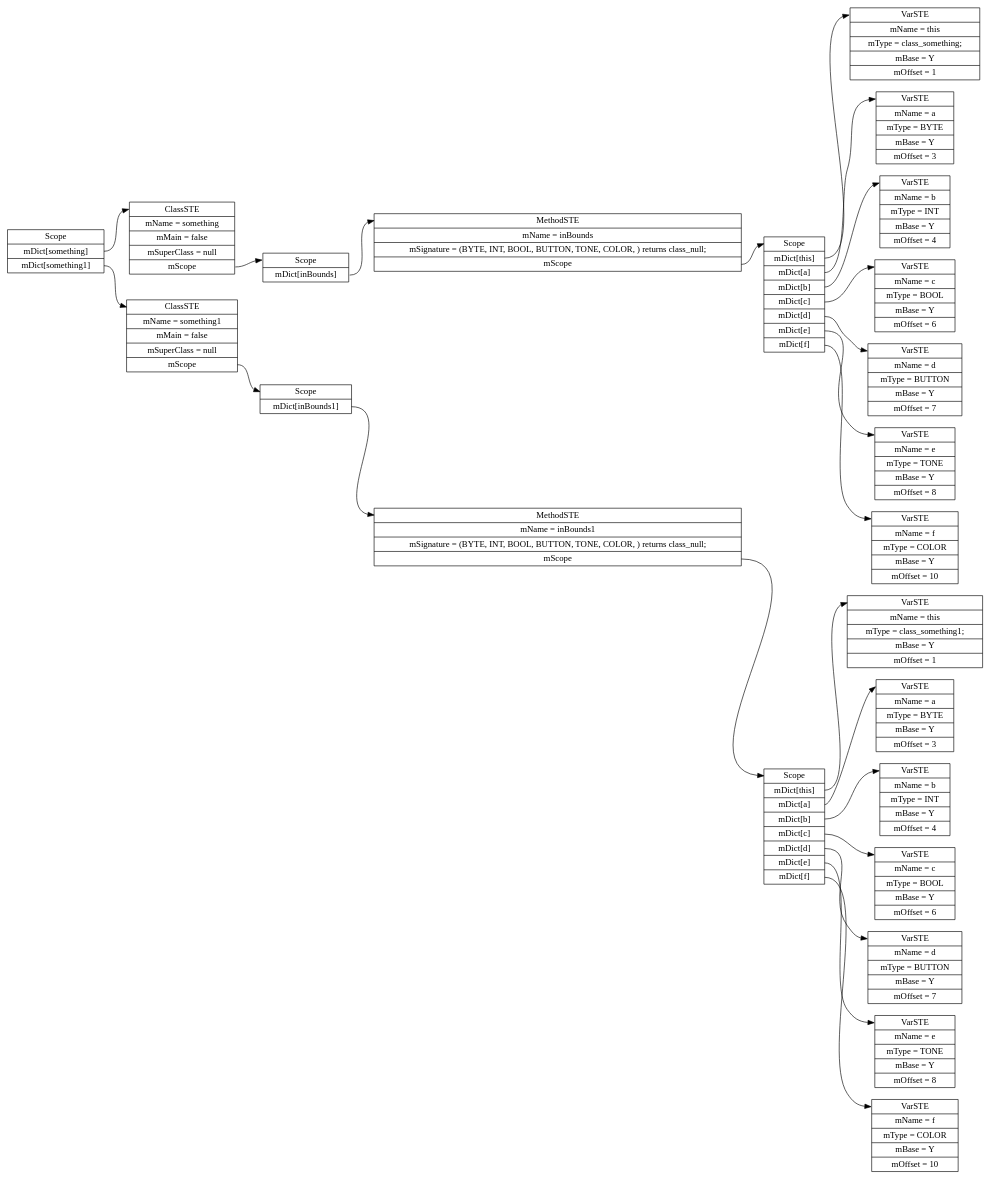
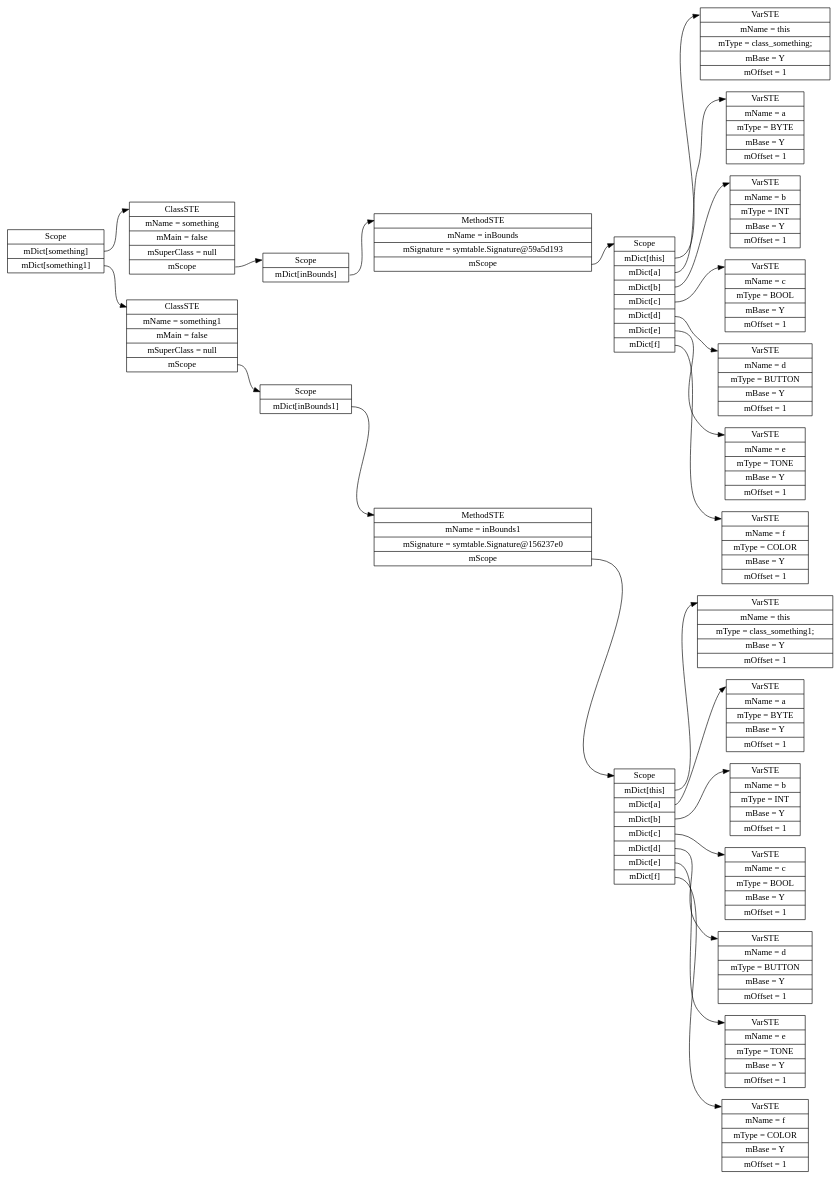
One commit to Ajith20/MeggyJava-compiler changed the diagram in PA4/PA4Example1.java.ST.dot. Above: the diagram before and after it, drawn with Graphviz. The commit also changed 17 other files, not shown here.

```diff
--- a/PA4/PA4Example1.java.ST.dot
+++ b/PA4/PA4Example1.java.ST.dot
@@ -1,49 +1,49 @@
 digraph SymTable {
 	graph [rankdir="LR"];
 	node [shape=record];
 	0 [label=" <f0> Scope | <f1> mDict\[something\] | <f2> mDict\[something1\] "];
 	0:<f1> -> 1:<f0>;
 	1 [label=" <f0> ClassSTE | <f1> mName = something| <f2> mMain = false| <f3> mSuperClass = null| <f4> mScope "];
 	1:<f4> -> 2:<f0>;
 	2 [label=" <f0> Scope | <f1> mDict\[inBounds\] "];
 	2:<f1> -> 3:<f0>;
-	3 [label=" <f0> MethodSTE | <f1> mName = inBounds| <f2> mSignature = (BYTE, INT, BOOL, BUTTON, TONE, COLOR, ) returns class_null;| <f3> mScope "];
+	3 [label=" <f0> MethodSTE | <f1> mName = inBounds| <f2> mSignature = symtable.Signature@59a5d193| <f3> mScope "];
 	3:<f3> -> 4:<f0>;
 	4 [label=" <f0> Scope | <f1> mDict\[this\] | <f2> mDict\[a\] | <f3> mDict\[b\] | <f4> mDict\[c\] | <f5> mDict\[d\] | <f6> mDict\[e\] | <f7> mDict\[f\] "];
 	4:<f1> -> 5:<f0>;
 	5 [label=" <f0> VarSTE | <f1> mName = this| <f2> mType = class_something;| <f3> mBase = Y| <f4> mOffset = 1"];
 	4:<f2> -> 6:<f0>;
-	6 [label=" <f0> VarSTE | <f1> mName = a| <f2> mType = BYTE| <f3> mBase = Y| <f4> mOffset = 3"];
+	6 [label=" <f0> VarSTE | <f1> mName = a| <f2> mType = BYTE| <f3> mBase = Y| <f4> mOffset = 1"];
 	4:<f3> -> 7:<f0>;
-	7 [label=" <f0> VarSTE | <f1> mName = b| <f2> mType = INT| <f3> mBase = Y| <f4> mOffset = 4"];
+	7 [label=" <f0> VarSTE | <f1> mName = b| <f2> mType = INT| <f3> mBase = Y| <f4> mOffset = 1"];
 	4:<f4> -> 8:<f0>;
-	8 [label=" <f0> VarSTE | <f1> mName = c| <f2> mType = BOOL| <f3> mBase = Y| <f4> mOffset = 6"];
+	8 [label=" <f0> VarSTE | <f1> mName = c| <f2> mType = BOOL| <f3> mBase = Y| <f4> mOffset = 1"];
 	4:<f5> -> 9:<f0>;
-	9 [label=" <f0> VarSTE | <f1> mName = d| <f2> mType = BUTTON| <f3> mBase = Y| <f4> mOffset = 7"];
+	9 [label=" <f0> VarSTE | <f1> mName = d| <f2> mType = BUTTON| <f3> mBase = Y| <f4> mOffset = 1"];
 	4:<f6> -> 10:<f0>;
-	10 [label=" <f0> VarSTE | <f1> mName = e| <f2> mType = TONE| <f3> mBase = Y| <f4> mOffset = 8"];
+	10 [label=" <f0> VarSTE | <f1> mName = e| <f2> mType = TONE| <f3> mBase = Y| <f4> mOffset = 1"];
 	4:<f7> -> 11:<f0>;
-	11 [label=" <f0> VarSTE | <f1> mName = f| <f2> mType = COLOR| <f3> mBase = Y| <f4> mOffset = 10"];
+	11 [label=" <f0> VarSTE | <f1> mName = f| <f2> mType = COLOR| <f3> mBase = Y| <f4> mOffset = 1"];
 	0:<f2> -> 12:<f0>;
 	12 [label=" <f0> ClassSTE | <f1> mName = something1| <f2> mMain = false| <f3> mSuperClass = null| <f4> mScope "];
 	12:<f4> -> 13:<f0>;
 	13 [label=" <f0> Scope | <f1> mDict\[inBounds1\] "];
 	13:<f1> -> 14:<f0>;
-	14 [label=" <f0> MethodSTE | <f1> mName = inBounds1| <f2> mSignature = (BYTE, INT, BOOL, BUTTON, TONE, COLOR, ) returns class_null;| <f3> mScope "];
+	14 [label=" <f0> MethodSTE | <f1> mName = inBounds1| <f2> mSignature = symtable.Signature@156237e0| <f3> mScope "];
 	14:<f3> -> 15:<f0>;
 	15 [label=" <f0> Scope | <f1> mDict\[this\] | <f2> mDict\[a\] | <f3> mDict\[b\] | <f4> mDict\[c\] | <f5> mDict\[d\] | <f6> mDict\[e\] | <f7> mDict\[f\] "];
 	15:<f1> -> 16:<f0>;
 	16 [label=" <f0> VarSTE | <f1> mName = this| <f2> mType = class_something1;| <f3> mBase = Y| <f4> mOffset = 1"];
 	15:<f2> -> 17:<f0>;
-	17 [label=" <f0> VarSTE | <f1> mName = a| <f2> mType = BYTE| <f3> mBase = Y| <f4> mOffset = 3"];
+	17 [label=" <f0> VarSTE | <f1> mName = a| <f2> mType = BYTE| <f3> mBase = Y| <f4> mOffset = 1"];
 	15:<f3> -> 18:<f0>;
-	18 [label=" <f0> VarSTE | <f1> mName = b| <f2> mType = INT| <f3> mBase = Y| <f4> mOffset = 4"];
+	18 [label=" <f0> VarSTE | <f1> mName = b| <f2> mType = INT| <f3> mBase = Y| <f4> mOffset = 1"];
 	15:<f4> -> 19:<f0>;
-	19 [label=" <f0> VarSTE | <f1> mName = c| <f2> mType = BOOL| <f3> mBase = Y| <f4> mOffset = 6"];
+	19 [label=" <f0> VarSTE | <f1> mName = c| <f2> mType = BOOL| <f3> mBase = Y| <f4> mOffset = 1"];
 	15:<f5> -> 20:<f0>;
-	20 [label=" <f0> VarSTE | <f1> mName = d| <f2> mType = BUTTON| <f3> mBase = Y| <f4> mOffset = 7"];
+	20 [label=" <f0> VarSTE | <f1> mName = d| <f2> mType = BUTTON| <f3> mBase = Y| <f4> mOffset = 1"];
 	15:<f6> -> 21:<f0>;
-	21 [label=" <f0> VarSTE | <f1> mName = e| <f2> mType = TONE| <f3> mBase = Y| <f4> mOffset = 8"];
+	21 [label=" <f0> VarSTE | <f1> mName = e| <f2> mType = TONE| <f3> mBase = Y| <f4> mOffset = 1"];
 	15:<f7> -> 22:<f0>;
-	22 [label=" <f0> VarSTE | <f1> mName = f| <f2> mType = COLOR| <f3> mBase = Y| <f4> mOffset = 10"];
+	22 [label=" <f0> VarSTE | <f1> mName = f| <f2> mType = COLOR| <f3> mBase = Y| <f4> mOffset = 1"];
 }
```
